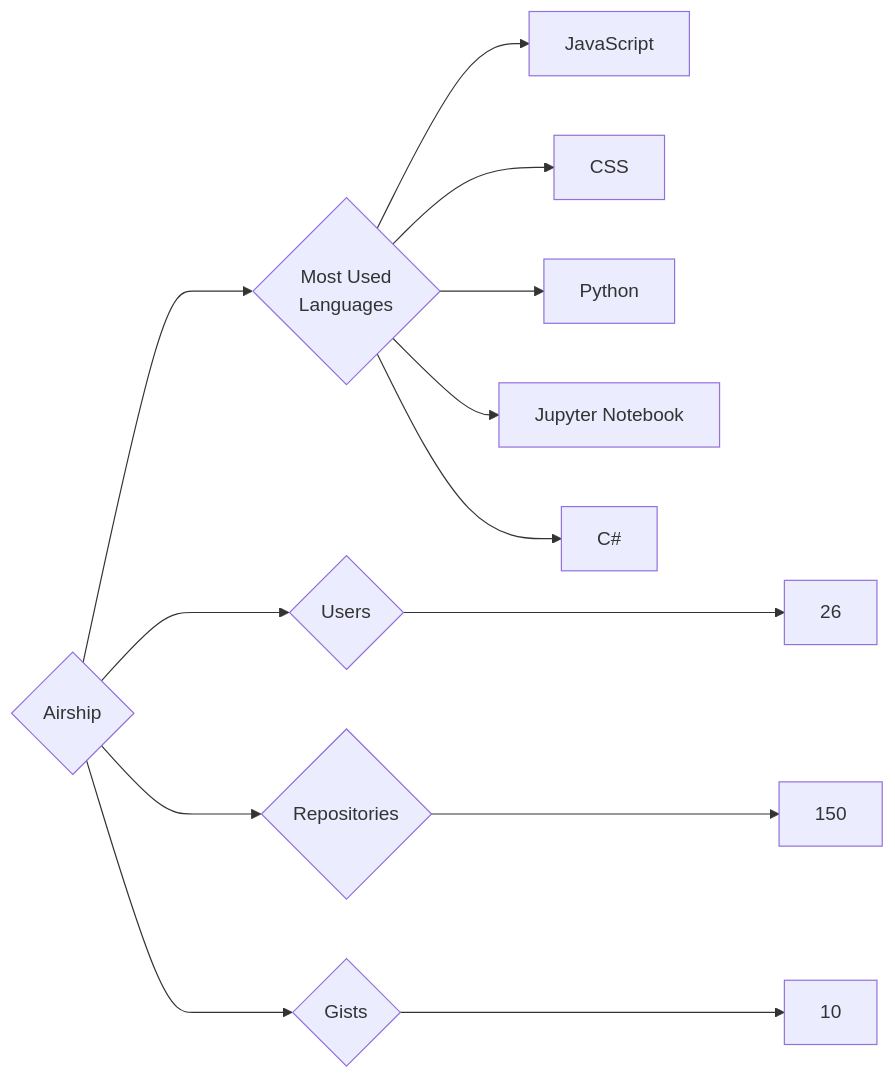
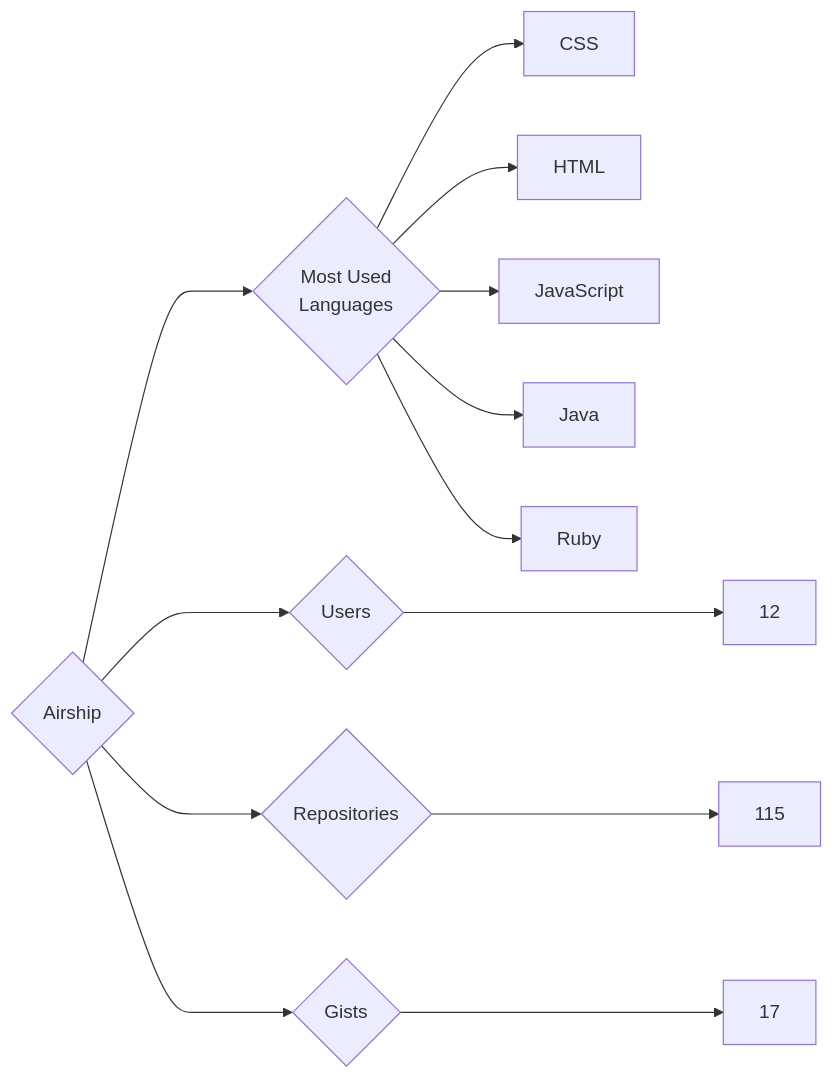
The diagram in targets/Airship/README.md (trickest/insiders), drawn with Mermaid before and after one commit. The commit also changed 932 other files, not shown here.

````diff
--- a/targets/Airship/README.md
+++ b/targets/Airship/README.md
@@ -3,13 +3,13 @@
 ```mermaid
 graph LR
 COMPANY_NAME{Airship}
-COMPANY_NAME ---> U{Users} ---> UN[26]
-COMPANY_NAME ---> R{Repositories} ---> RN[150]
-COMPANY_NAME ---> G{Gists} ---> GN[10]
+COMPANY_NAME ---> U{Users} ---> UN[12]
+COMPANY_NAME ---> R{Repositories} ---> RN[115]
+COMPANY_NAME ---> G{Gists} ---> GN[17]
 COMPANY_NAME ---> ML{Most Used<br>Languages}
+ML --> CSS[CSS]
+ML --> HTML[HTML]
 ML --> JavaScript[JavaScript]
-ML --> CSS[CSS]
-ML --> Python[Python]
-ML --> Jupyter_Notebook[Jupyter Notebook]
-ML --> C#[C#]
+ML --> Java[Java]
+ML --> Ruby[Ruby]
 ```
````
